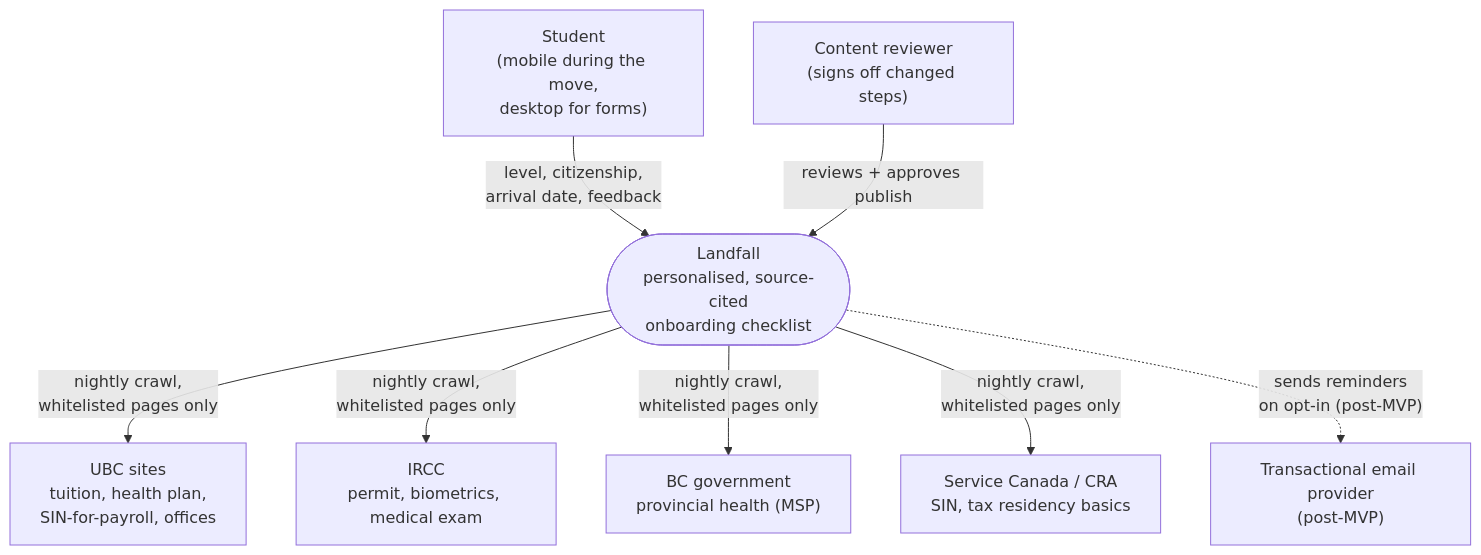
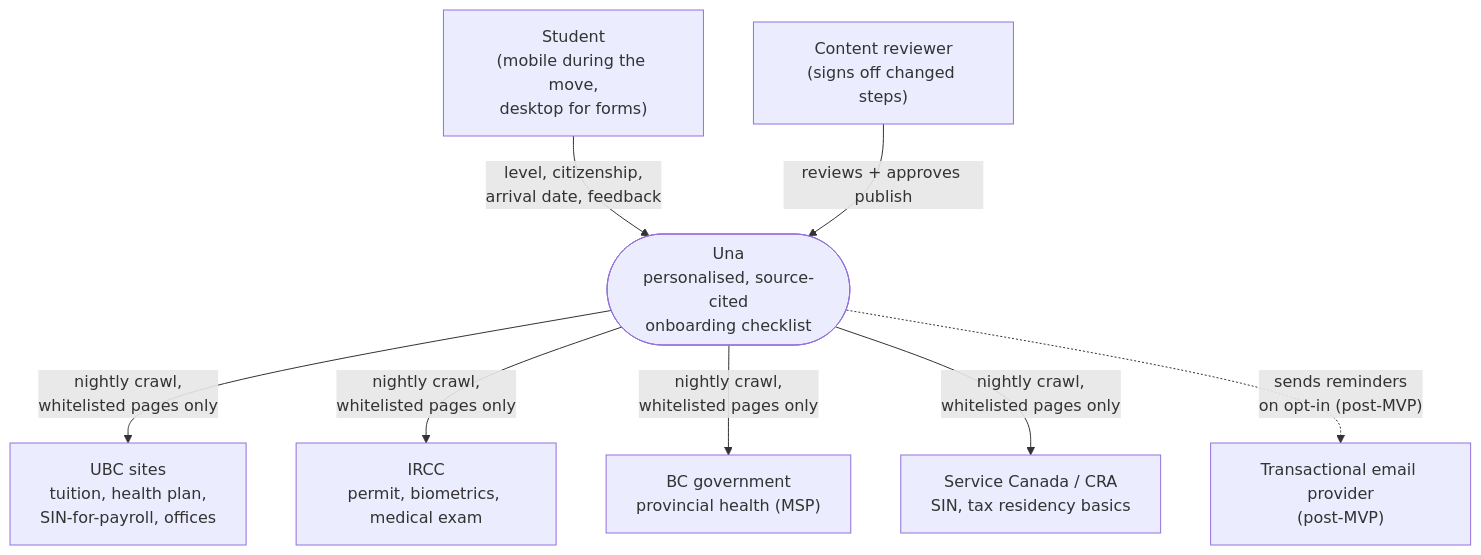
One commit to bvamith95/buildathon-testing changed the first of 8 diagrams in docs/architecture.md. Above: the diagram before and after it, drawn with Mermaid. The commit also changed other lines of this file and 12 other files, not shown here.

First line of the commit message:
Rename Landfall to Una; apply logo and brand color

````diff
--- a/docs/architecture.md
+++ b/docs/architecture.md
@@ -9,21 +9,21 @@
 ```mermaid
 flowchart TB
   Student["Student<br/>(mobile during the move,<br/>desktop for forms)"]
   Reviewer["Content reviewer<br/>(signs off changed steps)"]
 
-  Landfall(["Landfall<br/>personalised, source-cited<br/>onboarding checklist"])
+  Una(["Una<br/>personalised, source-cited<br/>onboarding checklist"])
 
   UBC["UBC sites<br/>tuition, health plan,<br/>SIN-for-payroll, offices"]
   IRCC["IRCC<br/>permit, biometrics, medical exam"]
   BC["BC government<br/>provincial health (MSP)"]
   CRA["Service Canada / CRA<br/>SIN, tax residency basics"]
   Email["Transactional email provider<br/>(post-MVP)"]
 
-  Student -->|"level, citizenship,<br/>arrival date, feedback"| Landfall
-  Reviewer -->|"reviews + approves publish"| Landfall
-  Landfall -->|"nightly crawl,<br/>whitelisted pages only"| UBC
-  Landfall -->|"nightly crawl,<br/>whitelisted pages only"| IRCC
-  Landfall -->|"nightly crawl,<br/>whitelisted pages only"| BC
-  Landfall -->|"nightly crawl,<br/>whitelisted pages only"| CRA
-  Landfall -.->|"sends reminders<br/>on opt-in (post-MVP)"| Email
+  Student -->|"level, citizenship,<br/>arrival date, feedback"| Una
+  Reviewer -->|"reviews + approves publish"| Una
+  Una -->|"nightly crawl,<br/>whitelisted pages only"| UBC
+  Una -->|"nightly crawl,<br/>whitelisted pages only"| IRCC
+  Una -->|"nightly crawl,<br/>whitelisted pages only"| BC
+  Una -->|"nightly crawl,<br/>whitelisted pages only"| CRA
+  Una -.->|"sends reminders<br/>on opt-in (post-MVP)"| Email
 ```
````
